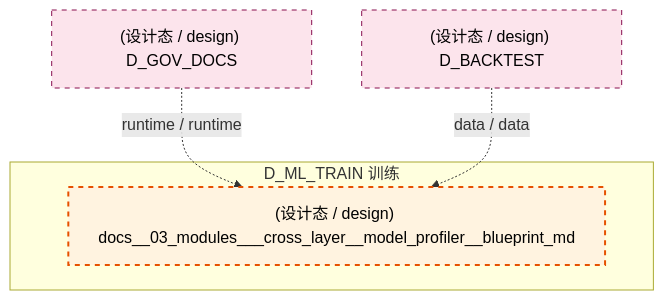
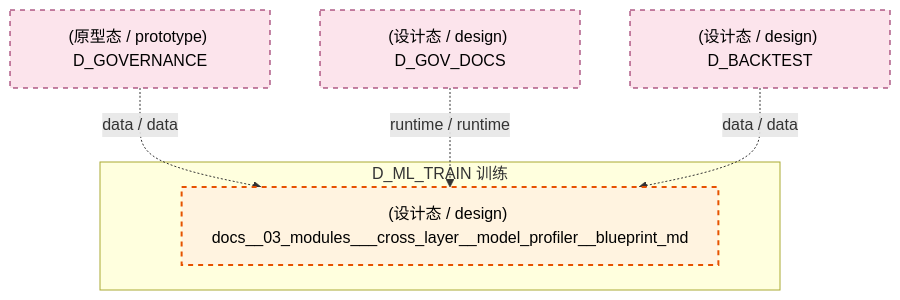
The second of 4 diagrams in docs/02_enterprise_architecture/02_domain_architecture_docs/50_d_ml_train.md (xuanFelixVan/ZephyrAlpha), drawn with Mermaid before and after one commit. The commit also changed other lines of this file and 126 other files, not shown here.

````diff
--- a/docs/02_enterprise_architecture/02_domain_architecture_docs/50_d_ml_train.md
+++ b/docs/02_enterprise_architecture/02_domain_architecture_docs/50_d_ml_train.md
@@ -125,16 +130,18 @@
 ```mermaid
 graph TD
     subgraph D_ML_TRAIN["D_ML_TRAIN 训练"]
         docs_03_modules_cross_layer_model_profiler_blueprint_md["(设计态 / design) docs__03_modules___cross_layer__model_profiler__blueprint_md"]
     end
+    D_GOVERNANCE["(原型态 / prototype) D_GOVERNANCE"]
+    D_GOVERNANCE -.->|data / data| docs_03_modules_cross_layer_model_profiler_blueprint_md
     D_GOV_DOCS["(设计态 / design) D_GOV_DOCS"]
     D_GOV_DOCS -.->|runtime / runtime| docs_03_modules_cross_layer_model_profiler_blueprint_md
     D_BACKTEST["(设计态 / design) D_BACKTEST"]
     D_BACKTEST -.->|data / data| docs_03_modules_cross_layer_model_profiler_blueprint_md
     classDef production fill:#e1f5fe,stroke:#01579b,stroke-width:2px,color:#000
     classDef design fill:#fff3e0,stroke:#e65100,stroke-width:2px,color:#000,stroke-dasharray: 5 5
     classDef external_prod fill:#e8f5e9,stroke:#1b5e20,stroke-width:1px,color:#000
     classDef external_design fill:#fce4ec,stroke:#880e4f,stroke-width:1px,color:#000,stroke-dasharray: 5 5
     class docs_03_modules_cross_layer_model_profiler_blueprint_md design
-    class D_GOV_DOCS,D_BACKTEST external_design
+    class D_GOVERNANCE,D_GOV_DOCS,D_BACKTEST external_design
 ```
````
